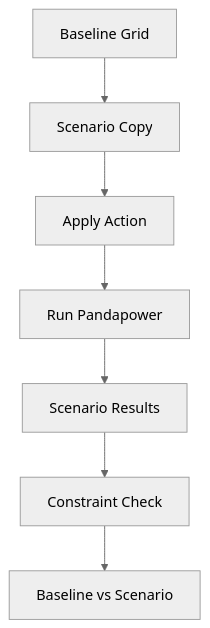
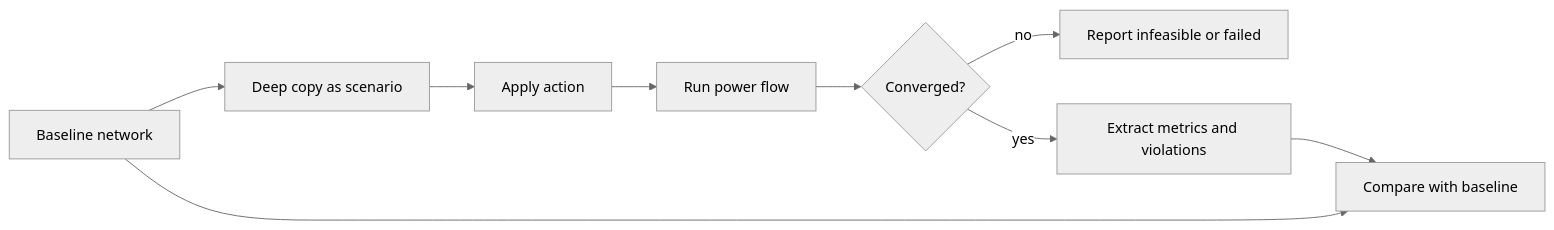
The fourth of 5 diagrams in README.md (codedbydollys10/GridTwin), drawn with Mermaid (neutral theme) before and after one commit. The commit also changed other lines of this file, not shown here.

````diff
--- a/README.md
+++ b/README.md
@@ -429,17 +389,11 @@
 ```mermaid
-flowchart TB
-    B["Baseline Grid"]
-    S["Scenario Copy"]
-    A["Apply Action"]
-    P["Run Pandapower"]
-    R["Scenario Results"]
-    C["Constraint Check"]
-    COMP["Baseline vs Scenario"]
-
-    B --> S
-    S --> A
-    A --> P
-    P --> R
-    R --> C
-    C --> COMP
+flowchart LR
+    B["Baseline network"] --> C["Deep copy as scenario"]
+    C --> A["Apply action"]
+    A --> P["Run power flow"]
+    P --> K{"Converged?"}
+    K -->|"no"| F["Report infeasible or failed"]
+    K -->|"yes"| M["Extract metrics and violations"]
+    M --> CMP["Compare with baseline"]
+    B --> CMP
 ```
````
